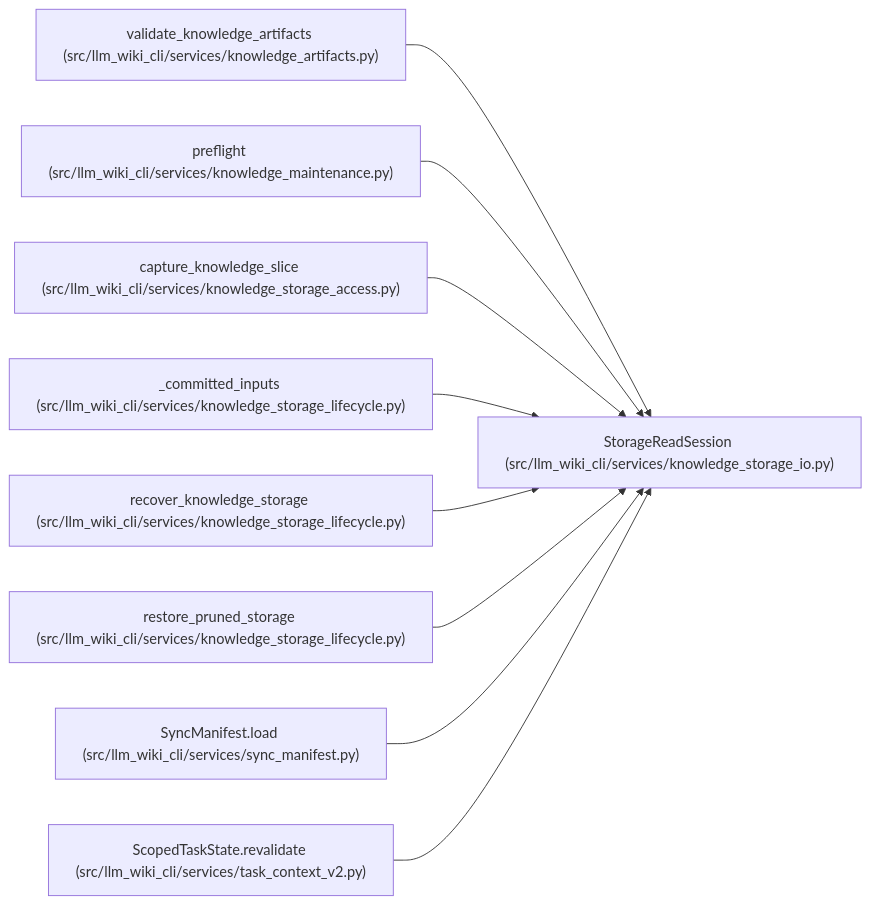
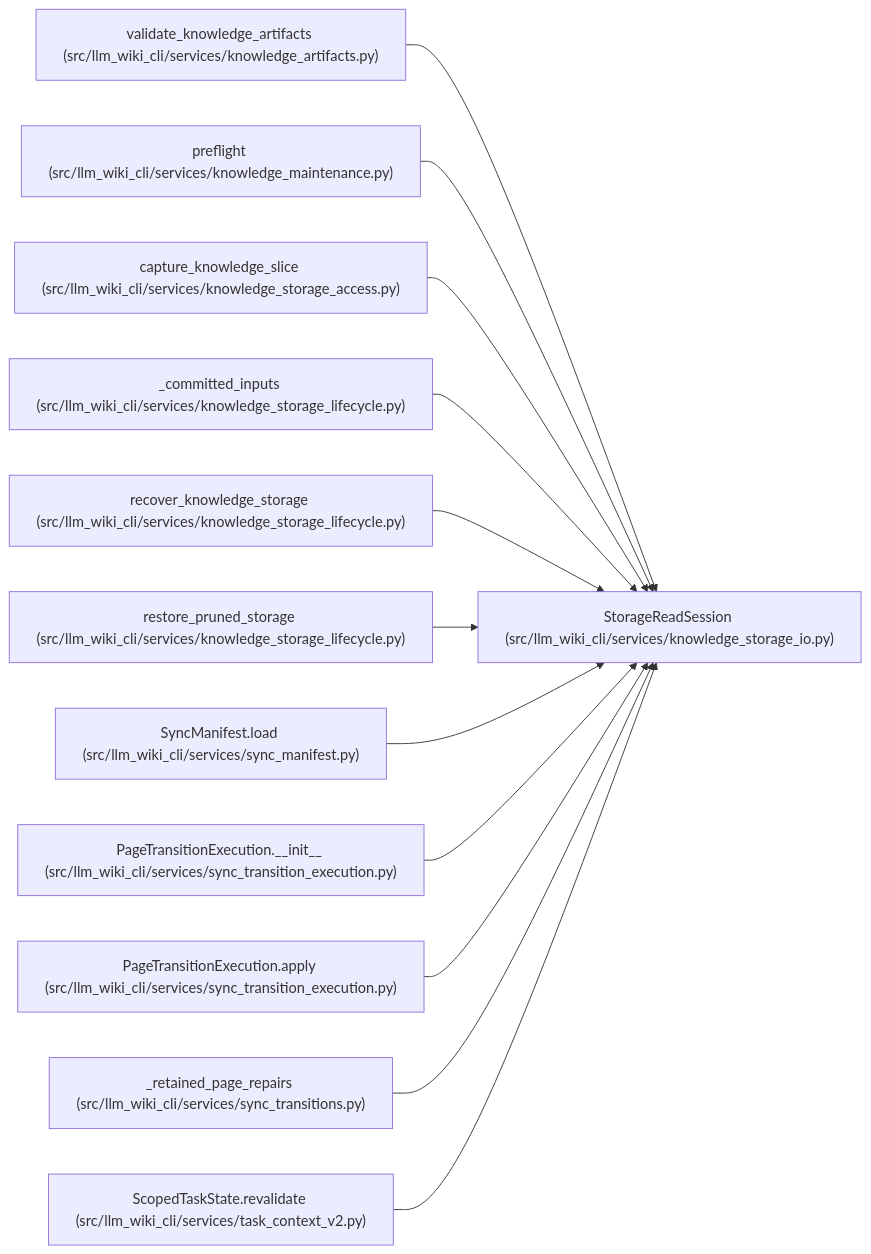
One commit to Denissvgn/python-wiki-llm changed the diagram in docs/llm_wiki/entities/StorageReadSession.md. Above: the diagram before and after it, drawn with Mermaid. The commit also changed other lines of this file and 490 other files, not shown here.

First line of the commit message:
Prepare v2.3.2: preserve sync page ownership and repair missing pages (#42)

````diff
--- a/docs/llm_wiki/entities/StorageReadSession.md
+++ b/docs/llm_wiki/entities/StorageReadSession.md
@@ -34,29 +34,38 @@
 ```mermaid
 flowchart LR
     n0["StorageReadSession (src/llm_wiki_cli/services/knowledge_storage_io.py)"]
     n1["validate_knowledge_artifacts (src/llm_wiki_cli/services/knowledge_artifacts.py)"]
     n2["preflight (src/llm_wiki_cli/services/knowledge_maintenance.py)"]
     n3["capture_knowledge_slice (src/llm_wiki_cli/services/knowledge_storage_access.py)"]
     n4["_committed_inputs (src/llm_wiki_cli/services/knowledge_storage_lifecycle.py)"]
     n5["recover_knowledge_storage (src/llm_wiki_cli/services/knowledge_storage_lifecycle.py)"]
     n6["restore_pruned_storage (src/llm_wiki_cli/services/knowledge_storage_lifecycle.py)"]
     n7["SyncManifest.load (src/llm_wiki_cli/services/sync_manifest.py)"]
-    n8["ScopedTaskState.revalidate (src/llm_wiki_cli/services/task_context_v2.py)"]
+    n8["PageTransitionExecution.__init__ (src/llm_wiki_cli/services/sync_transition_execution.py)"]
+    n9["PageTransitionExecution.apply (src/llm_wiki_cli/services/sync_transition_execution.py)"]
+    n10["_retained_page_repairs (src/llm_wiki_cli/services/sync_transitions.py)"]
+    n11["ScopedTaskState.revalidate (src/llm_wiki_cli/services/task_context_v2.py)"]
     n1 --> n0
     n2 --> n0
     n3 --> n0
     n4 --> n0
     n5 --> n0
     n6 --> n0
     n7 --> n0
     n8 --> n0
+    n9 --> n0
+    n10 --> n0
+    n11 --> n0
     click n0 "../modules/knowledge_storage_io.md"
     click n1 "../modules/knowledge_artifacts.md"
     click n2 "../modules/knowledge_maintenance.md"
     click n3 "../modules/knowledge_storage_access.md"
     click n4 "../modules/knowledge_storage_lifecycle.md"
     click n5 "../modules/knowledge_storage_lifecycle.md"
     click n6 "../modules/knowledge_storage_lifecycle.md"
     click n7 "../modules/sync_manifest.md"
-    click n8 "../modules/task_context_v2.md"
+    click n8 "../modules/sync_transition_execution.md"
+    click n9 "../modules/sync_transition_execution.md"
+    click n10 "../modules/sync_transitions.md"
+    click n11 "../modules/task_context_v2.md"
 ```
````
